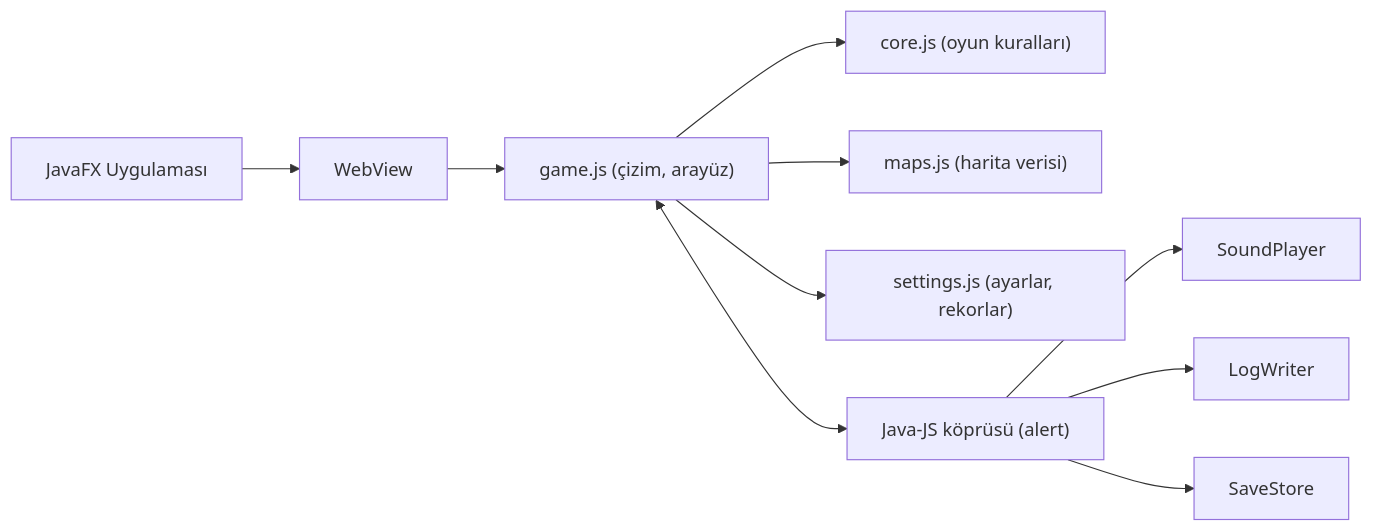
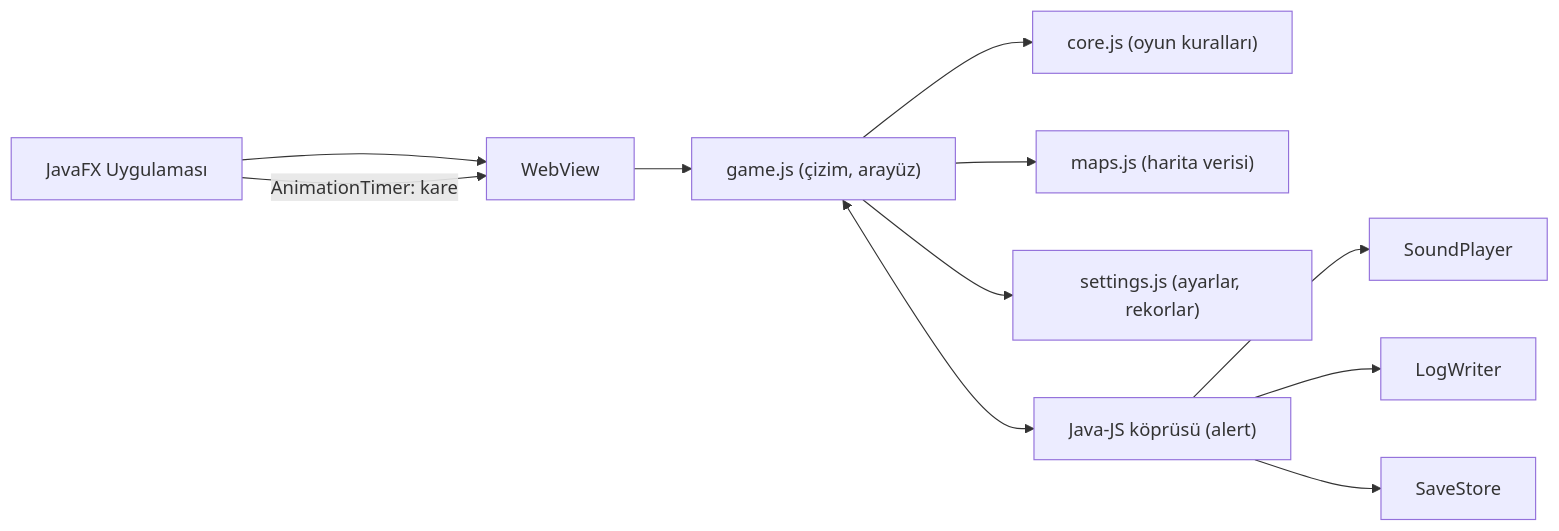
One commit to CaptainGM/su-alti-savunma-fx changed the diagram in README.md. Above: the diagram before and after it, drawn with Mermaid. The commit also changed other lines of this file and 7 other files, not shown here.

````diff
--- a/README.md
+++ b/README.md
@@ -67,12 +91,13 @@
 ```mermaid
 flowchart LR
     APP[JavaFX Uygulaması] --> WV[WebView]
+    APP -- "AnimationTimer: kare" --> WV
     WV --> UI["game.js (çizim, arayüz)"]
     UI --> CORE["core.js (oyun kuralları)"]
     UI --> MAPS["maps.js (harita verisi)"]
     UI --> SET["settings.js (ayarlar, rekorlar)"]
     UI <--> BR["Java-JS köprüsü (alert)"]
     BR --> SND[SoundPlayer]
     BR --> LOG[LogWriter]
     BR --> SAVE[SaveStore]
 ```
````
